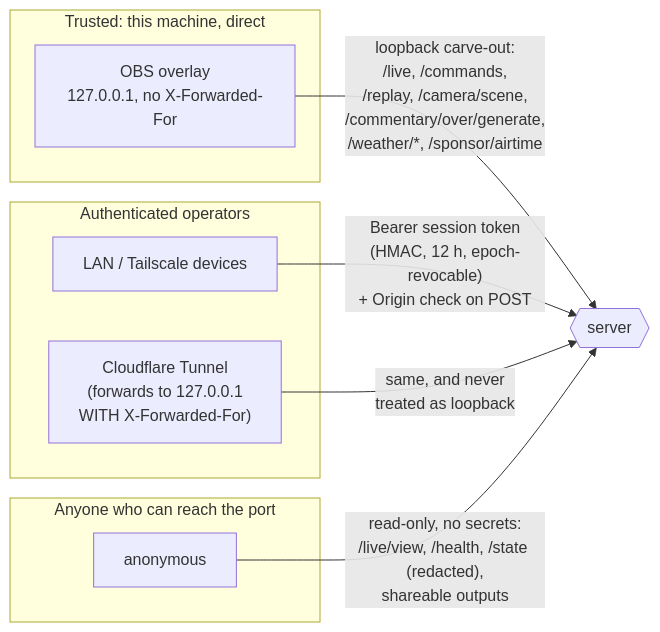
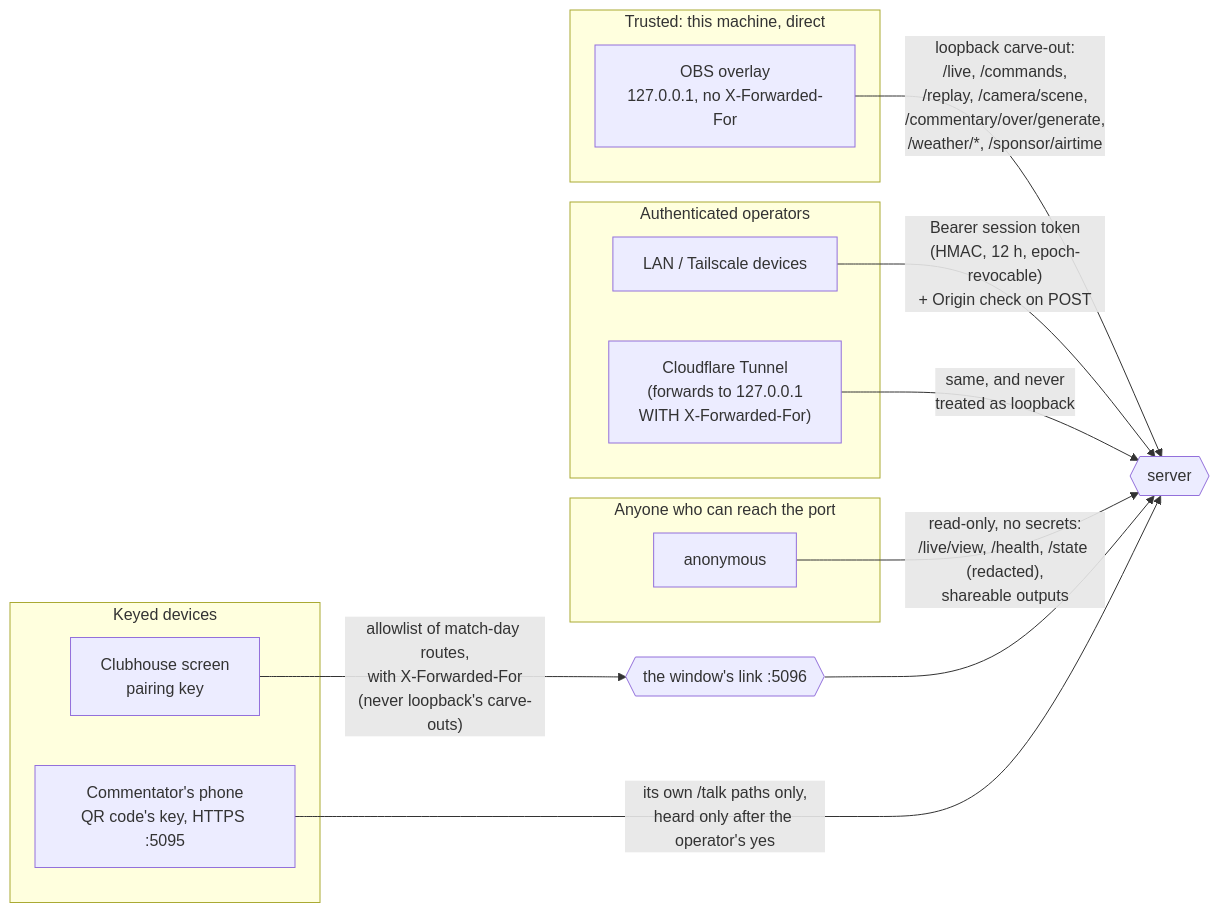
One commit to BridestoweBelstoneCC/Cricket-Live-Stream changed the ninth of 9 diagrams in ARCHITECTURE.md. Above: the diagram before and after it, drawn with Mermaid. The commit also changed other lines of this file and 8 other files, not shown here.

````diff
--- a/ARCHITECTURE.md
+++ b/ARCHITECTURE.md
@@ -588,19 +722,27 @@
 ```mermaid
 flowchart LR
     subgraph T0["Trusted: this machine, direct"]
         obsov["OBS overlay<br/>127.0.0.1, no X-Forwarded-For"]
     end
     subgraph T1["Authenticated operators"]
         lan["LAN / Tailscale devices"]
         cf["Cloudflare Tunnel<br/>(forwards to 127.0.0.1<br/>WITH X-Forwarded-For)"]
     end
     subgraph T2["Anyone who can reach the port"]
         anon["anonymous"]
     end
 
     srv{{"server"}}
     obsov -- "loopback carve-out:<br/>/live, /commands,<br/>/replay, /camera/scene,<br/>/commentary/over/generate,<br/>/weather/*, /sponsor/airtime" --> srv
     lan -- "Bearer session token<br/>(HMAC, 12 h, epoch-revocable)<br/>+ Origin check on POST" --> srv
     cf -- "same, and never<br/>treated as loopback" --> srv
     anon -- "read-only, no secrets:<br/>/live/view, /health, /state (redacted),<br/>shareable outputs" --> srv
+
+    subgraph T3["Keyed devices"]
+        pi["Clubhouse screen<br/>pairing key"]
+        ph["Commentator's phone<br/>QR code's key, HTTPS :5095"]
+    end
+    win{{"the window's link :5096"}}
+    pi -- "allowlist of match-day routes,<br/>with X-Forwarded-For<br/>(never loopback's carve-outs)" --> win --> srv
+    ph -- "its own /talk paths only,<br/>heard only after the operator's yes" --> srv
 ```
````
